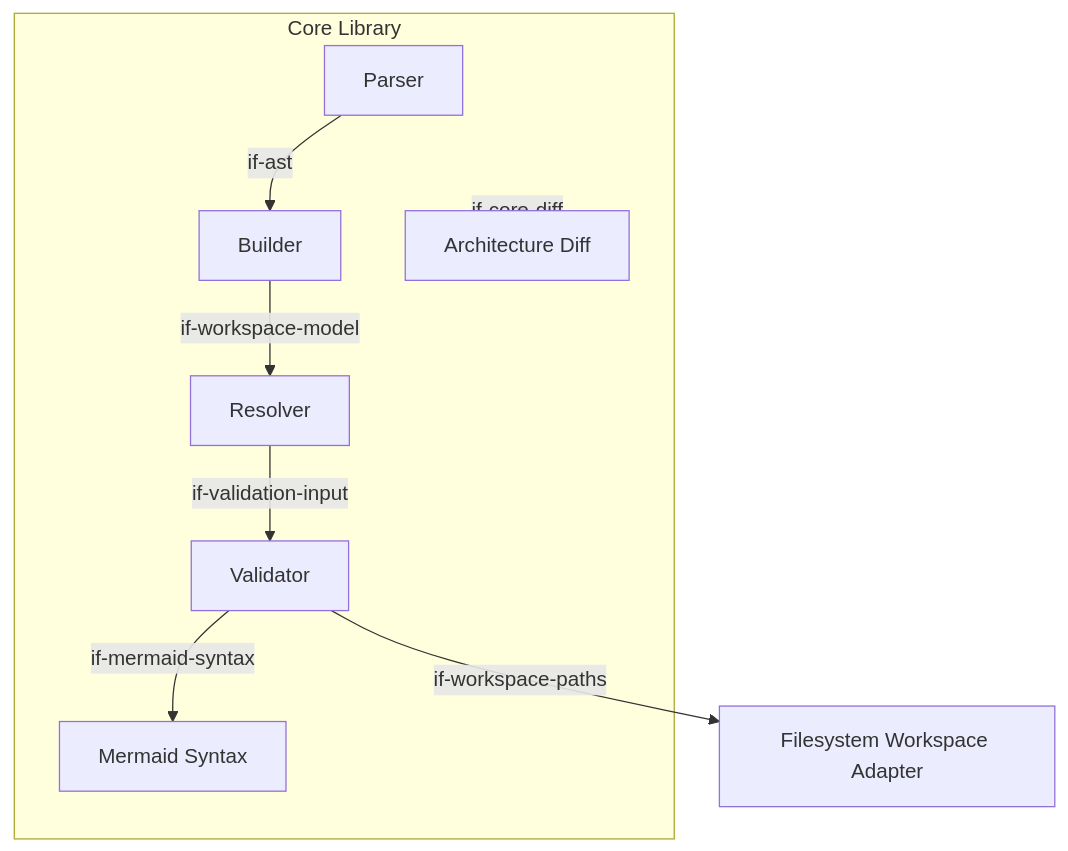
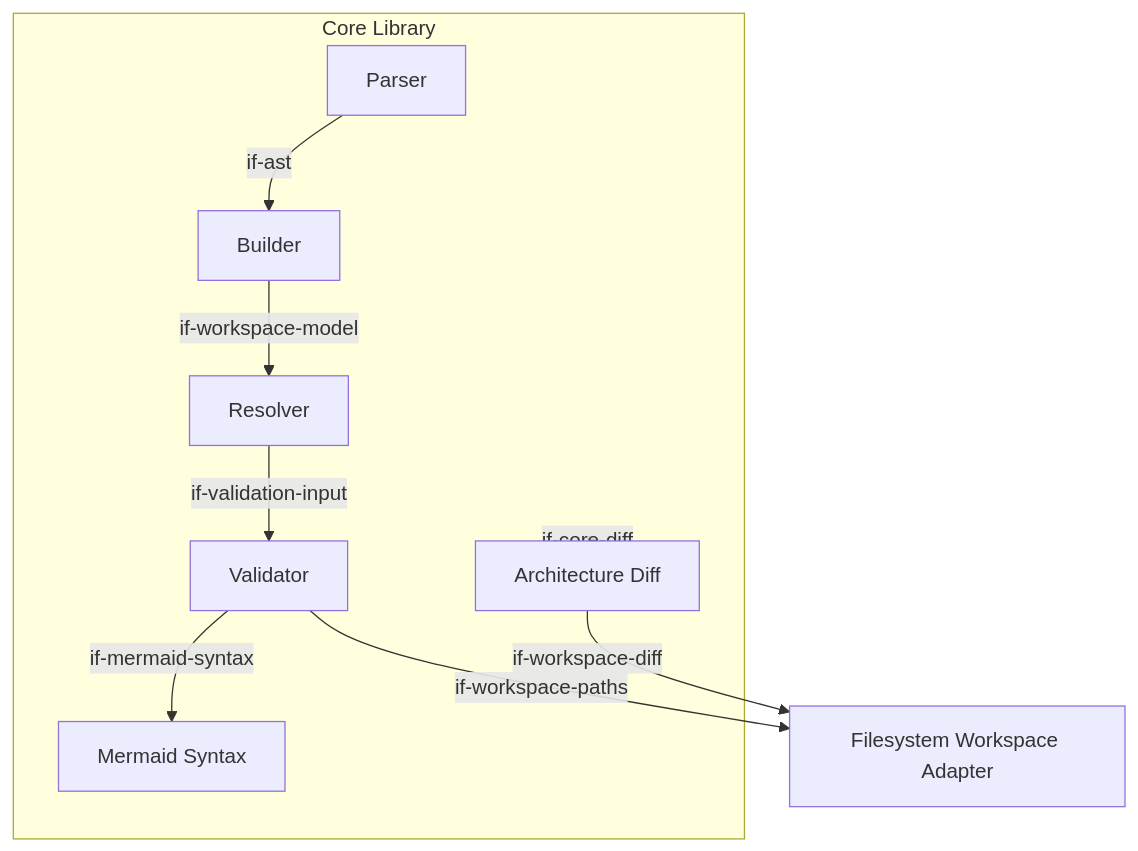
The second of 3 diagrams in docs/arc42/05-building-blocks.arc42.md (docToolchain/arc42-language), drawn with Mermaid before and after one commit. The commit also changed other lines of this file, not shown here.

Commit message:
docs: add if-workspace-diff interface for bb-diff dependency on workspace-fs

````diff
--- a/docs/arc42/05-building-blocks.arc42.md
+++ b/docs/arc42/05-building-blocks.arc42.md
@@ -72,19 +72,20 @@
 ```mermaid
 graph TD
     subgraph bb-core["Core Library"]
         bb-parser["Parser"]
         bb-builder["Builder"]
         bb-resolver["Resolver"]
         bb-validator["Validator"]
         bb-diff["Architecture Diff"]
         bb-mermaid["Mermaid Syntax"]
     end
     bb-workspace-fs["Filesystem Workspace Adapter"]
 
     bb-parser -->|"if-ast"| bb-builder
     bb-builder -->|"if-workspace-model"| bb-resolver
     bb-resolver -->|"if-validation-input"| bb-validator
     bb-validator -->|"if-workspace-paths"| bb-workspace-fs
+    bb-diff -->|"if-workspace-diff"| bb-workspace-fs
     bb-core -->|"if-core-diff"| bb-diff
     bb-validator -->|"if-mermaid-syntax"| bb-mermaid
 ```
````
